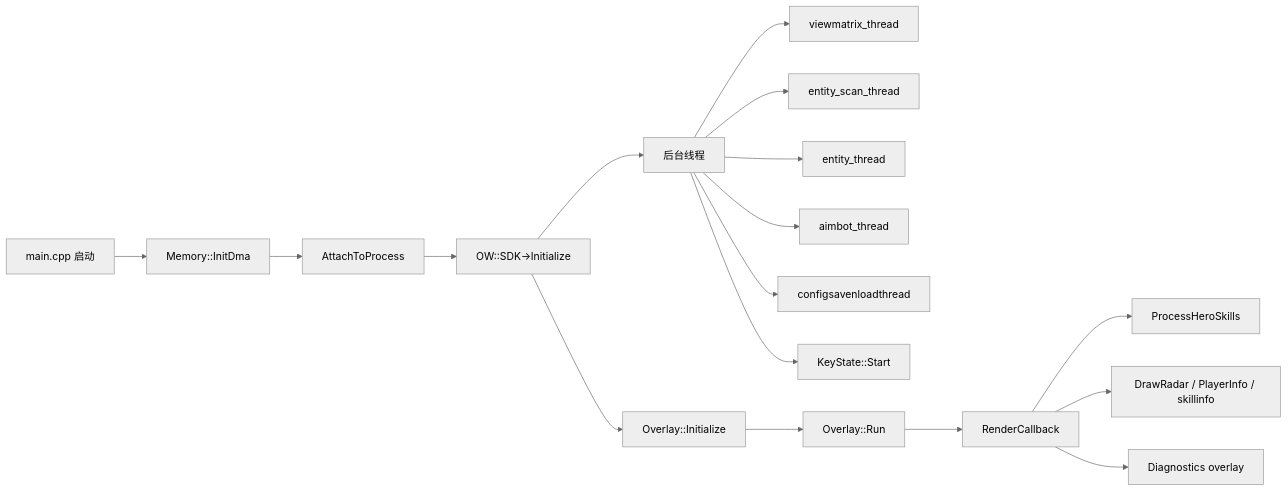
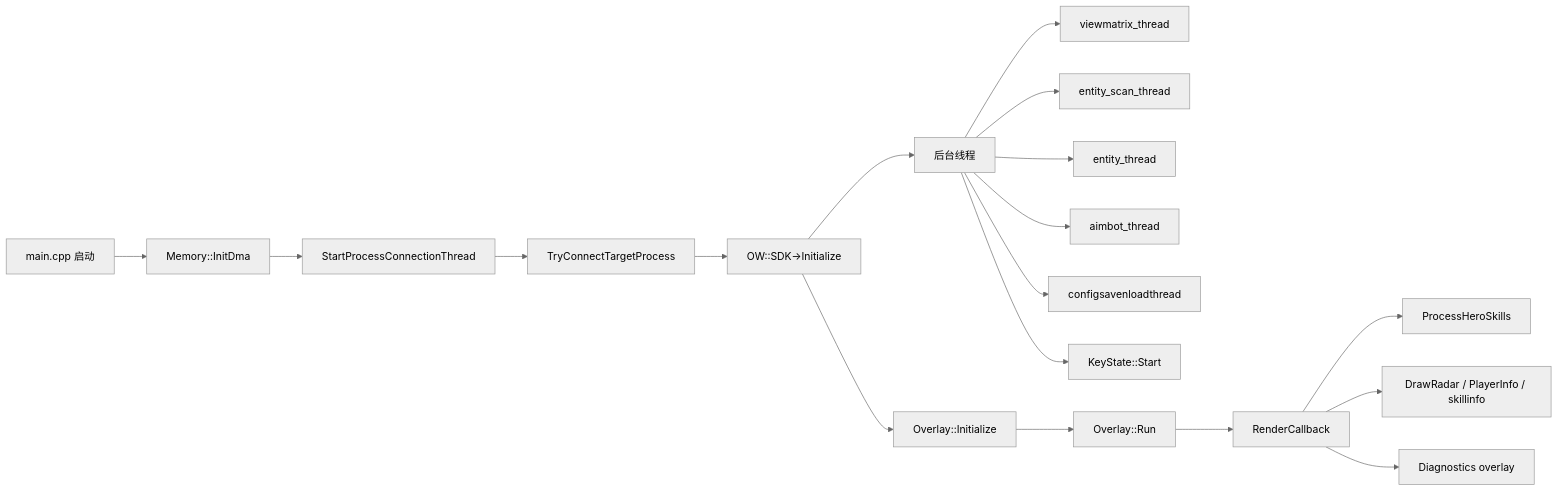
One commit to RUC601/unleashed changed the first of 4 diagrams in docs/UNLEASHED_DEVELOPMENT_GUIDE.zh-CN.md. Above: the diagram before and after it, drawn with Mermaid (neutral theme). The commit also changed other lines of this file and 15 other files, not shown here.

````diff
--- a/docs/UNLEASHED_DEVELOPMENT_GUIDE.zh-CN.md
+++ b/docs/UNLEASHED_DEVELOPMENT_GUIDE.zh-CN.md
@@ -55,19 +127,20 @@
 ```mermaid
 flowchart LR
     A["main.cpp 启动"] --> B["Memory::InitDma"]
-    B --> C["AttachToProcess"]
-    C --> D["OW::SDK->Initialize"]
+    B --> C["StartProcessConnectionThread"]
+    C --> C1["TryConnectTargetProcess"]
+    C1 --> D["OW::SDK->Initialize"]
     D --> E["后台线程"]
     E --> E1["viewmatrix_thread"]
     E --> E2["entity_scan_thread"]
     E --> E3["entity_thread"]
     E --> E4["aimbot_thread"]
     E --> E5["configsavenloadthread"]
     E --> E6["KeyState::Start"]
     D --> F["Overlay::Initialize"]
     F --> G["Overlay::Run"]
     G --> H["RenderCallback"]
     H --> I["ProcessHeroSkills"]
     H --> J["DrawRadar / PlayerInfo / skillinfo"]
     H --> K["Diagnostics overlay"]
 ```
````
